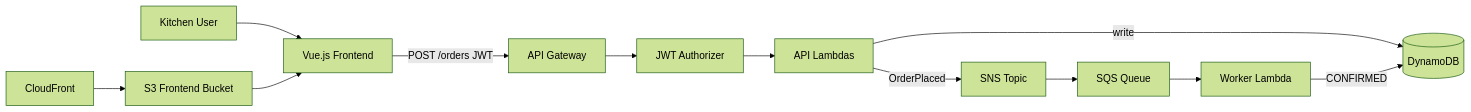
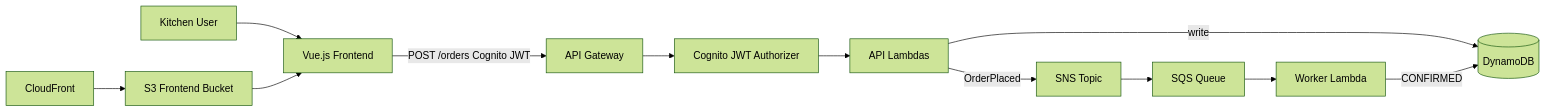
One commit to gindriliunas/food-ordering changed the diagram in README.md. Above: the diagram before and after it, drawn with Mermaid (forest theme). The commit also changed other lines of this file and 20 other files, not shown here.

First line of the commit message:
Replace manual JWT paste with AWS Cognito login UI.

````diff
--- a/README.md
+++ b/README.md
@@ -7,14 +7,14 @@
 ```mermaid
 flowchart LR
     User[Kitchen User] --> Vue[Vue.js Frontend]
-    Vue -->|"POST /orders JWT"| APIGW[API Gateway]
-    APIGW --> Auth[JWT Authorizer]
+    Vue -->|"POST /orders Cognito JWT"| APIGW[API Gateway]
+    APIGW --> Auth[Cognito JWT Authorizer]
     Auth --> ApiLambda[API Lambdas]
     ApiLambda -->|write| DDB[(DynamoDB)]
     ApiLambda -->|OrderPlaced| SNS[SNS Topic]
     SNS --> SQS[SQS Queue]
     SQS --> Worker[Worker Lambda]
     Worker -->|CONFIRMED| DDB
     CloudFront[CloudFront] --> S3[S3 Frontend Bucket]
     S3 --> Vue
 ```
````
